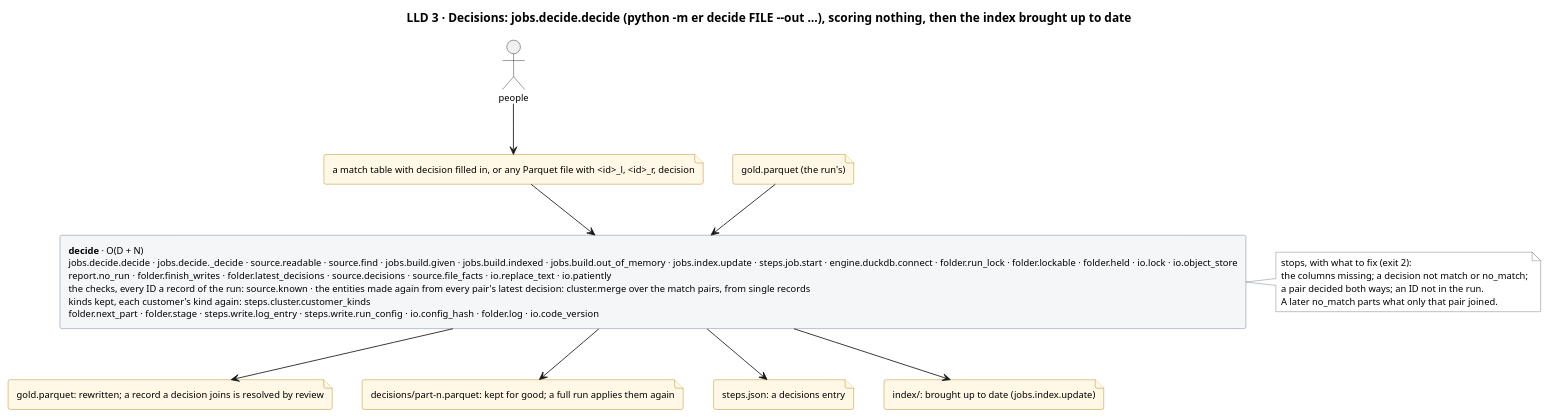
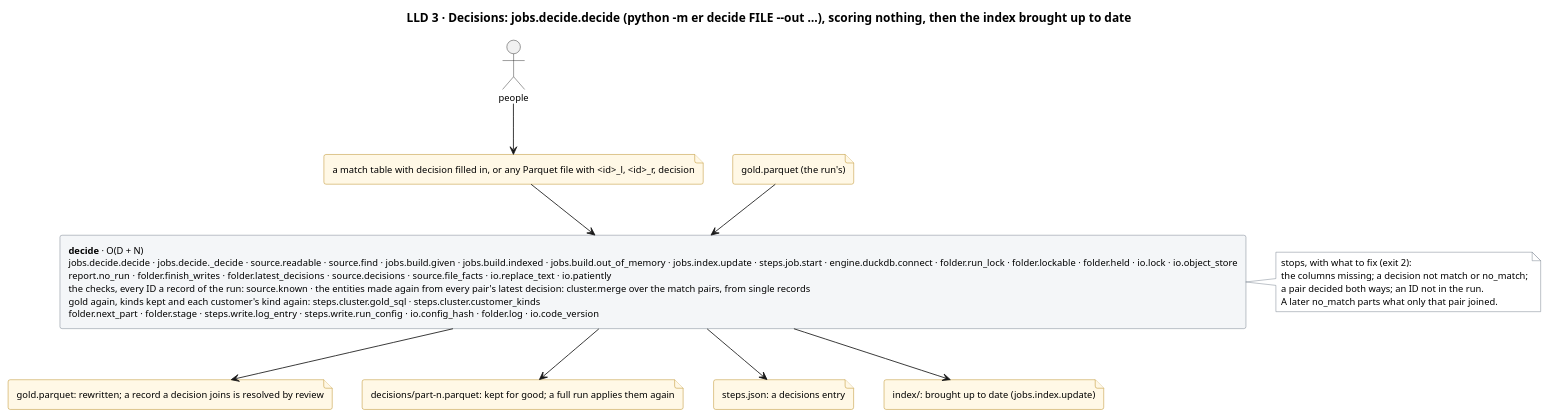
The diagram in docs/diagrams/decisions.puml (mvsbm/entity_matching), drawn with PlantUML before and after one commit. The commit also changed 23 other files, not shown here.

```diff
--- a/docs/diagrams/decisions.puml
+++ b/docs/diagrams/decisions.puml
@@ -1,42 +1,42 @@
 @startuml decisions
 title LLD 3 · Decisions: jobs.decide.decide (python -m er decide FILE ~--out …), scoring nothing, then the index brought up to date
 skinparam defaultFontSize 11
 skinparam rectangle {
   BackgroundColor #F4F6F8
   BorderColor #65717E
 }
 skinparam file {
   BackgroundColor #FFF8E6
   BorderColor #B07D00
 }
 skinparam note {
   BackgroundColor #FFFFFF
   BorderColor #65717E
 }
 
 actor "people" as people
 file "a match table with decision filled in, or any Parquet file with <id>_l, <id>_r, decision" as f_decided
 file "gold.parquet (the run's)" as f_gold_in
 
-rectangle "<b>decide</b> · O(D + N)\njobs.decide.decide · jobs.decide._decide · source.readable · source.find · jobs.build.given · jobs.build.indexed · jobs.build.out_of_memory · jobs.index.update · steps.job.start · engine.duckdb.connect · folder.run_lock · folder.lockable · folder.held · io.lock · io.object_store\nreport.no_run · folder.finish_writes · folder.latest_decisions · source.decisions · source.file_facts · io.replace_text · io.patiently\nthe checks, every ID a record of the run: source.known · the entities made again from every pair's latest decision: cluster.merge over the match pairs, from single records\nkinds kept, each customer's kind again: steps.cluster.customer_kinds\nfolder.next_part · folder.stage · steps.write.log_entry · steps.write.run_config · io.config_hash · folder.log · io.code_version" as decide
+rectangle "<b>decide</b> · O(D + N)\njobs.decide.decide · jobs.decide._decide · source.readable · source.find · jobs.build.given · jobs.build.indexed · jobs.build.out_of_memory · jobs.index.update · steps.job.start · engine.duckdb.connect · folder.run_lock · folder.lockable · folder.held · io.lock · io.object_store\nreport.no_run · folder.finish_writes · folder.latest_decisions · source.decisions · source.file_facts · io.replace_text · io.patiently\nthe checks, every ID a record of the run: source.known · the entities made again from every pair's latest decision: cluster.merge over the match pairs, from single records\ngold again, kinds kept and each customer's kind again: steps.cluster.gold_sql · steps.cluster.customer_kinds\nfolder.next_part · folder.stage · steps.write.log_entry · steps.write.run_config · io.config_hash · folder.log · io.code_version" as decide
 
 note right of decide
   stops, with what to fix (exit 2):
   the columns missing; a decision not match or no_match;
   a pair decided both ways; an ID not in the run.
   A later no_match parts what only that pair joined.
 end note
 
 file "gold.parquet: rewritten; a record a decision joins is resolved by review" as f_gold_out
 file "decisions/part-n.parquet: kept for good; a full run applies them again" as f_kept
 file "steps.json: a decisions entry" as f_steps
 file "index/: brought up to date (jobs.index.update)" as f_index
 
 people --> f_decided
 f_decided --> decide
 f_gold_in --> decide
 decide --> f_gold_out
 decide --> f_kept
 decide --> f_steps
 decide --> f_index
 @enduml
```
